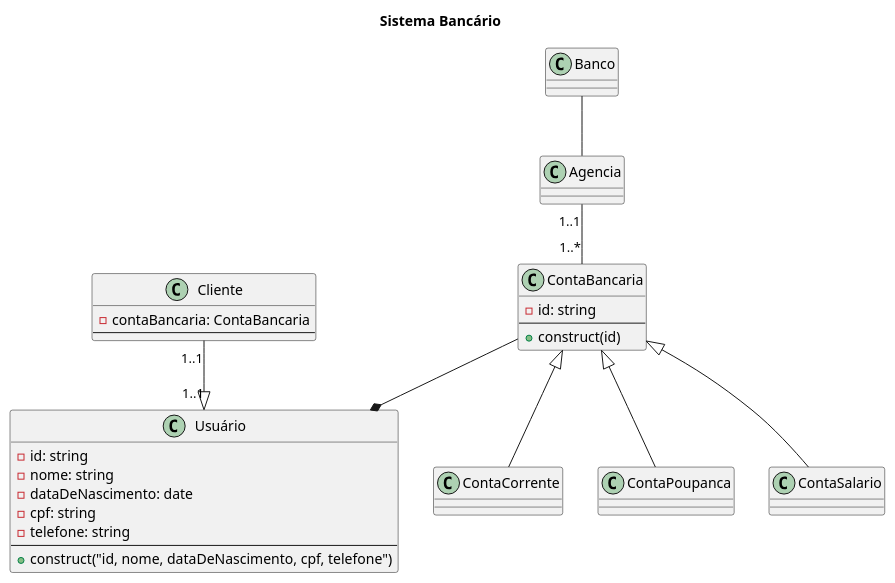
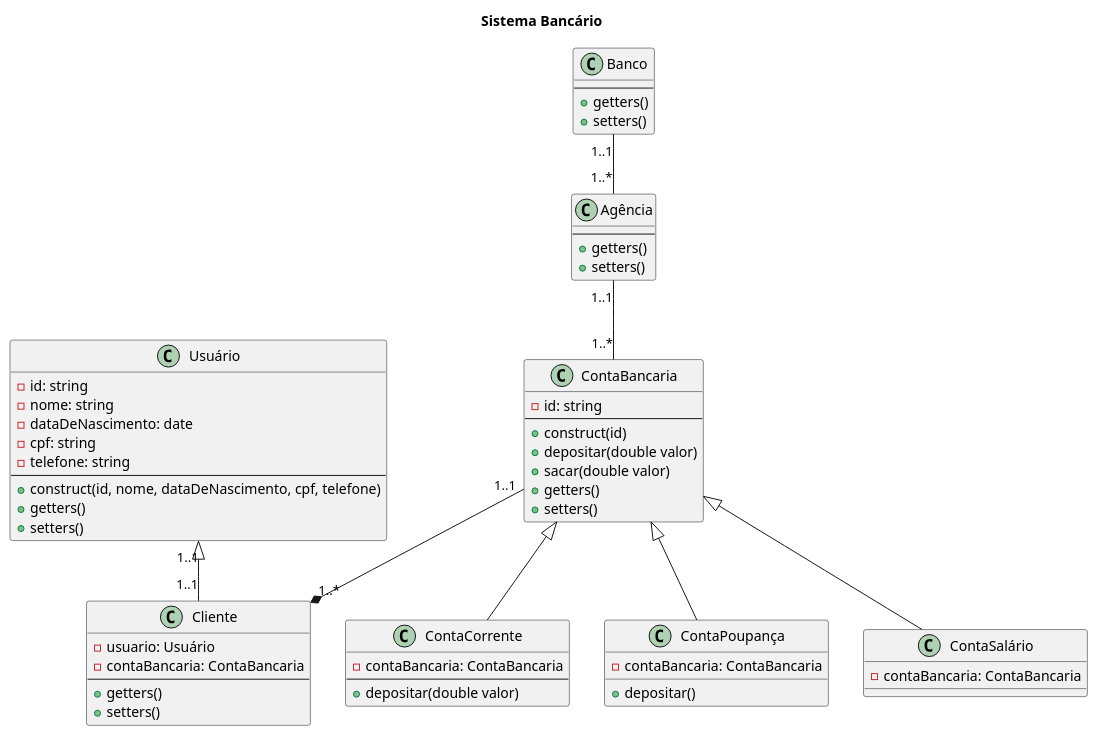
Before and after one commit to galaticghost/guieq.klarrind: the diagram in Modelagem/banco.wsd, drawn with PlantUML.

Commit message:
Modelo banco

```diff
--- a/Modelagem/banco.wsd
+++ b/Modelagem/banco.wsd
@@ -1,54 +1,70 @@
 @startuml Sistema Bancário
 
 title Sistema Bancário
 
 class Usuário{
     -id: string
     -nome: string
     -dataDeNascimento: date
     -cpf: string
     -telefone: string
     --
-    +construct("id, nome, dataDeNascimento, cpf, telefone")
+    +construct(id, nome, dataDeNascimento, cpf, telefone)
+    +getters()
+    +setters()
 }
 
 class Cliente {
+    -usuario: Usuário
     -contaBancaria: ContaBancaria
     --
+    +getters()
+    +setters()
 }
 
 class ContaBancaria{
     -id: string
     --
     +construct(id)
+    +depositar(double valor)
+    +sacar(double valor)
+    +getters()
+    +setters()
 }
 
 class ContaCorrente{
-
+    -contaBancaria: ContaBancaria
+    --
+    +depositar(double valor)
 }
 
-class ContaPoupanca{
-
+class ContaPoupança{
+    -contaBancaria: ContaBancaria
+    +depositar()
 }
 
-class ContaSalario{
-
+class ContaSalário{
+    -contaBancaria: ContaBancaria
 }
 
-class Agencia{
-
+class Agência{
+    --
+    +getters()
+    +setters()
 }
 
 class Banco{
-
+    --
+    +getters()
+    +setters()
 }
 
-Usuário "1..1" <|-up- "1..1" Cliente
-Usuário *-up- ContaBancaria
+Usuário "1..1" <|-- "1..1" Cliente
+Cliente "1..*" *-up- "1..1" ContaBancaria
 ContaBancaria <|-- ContaCorrente
-ContaBancaria <|-- ContaPoupanca
-ContaBancaria <|-- ContaSalario
-ContaBancaria "1..*" -up- "1..1" Agencia
-Agencia -up- Banco
+ContaBancaria <|-- ContaPoupança
+ContaBancaria <|-- ContaSalário
+ContaBancaria "1..*" -up- "1..1" Agência
+Agência "1..*" -up- "1..1" Banco
 
 @enduml
```
